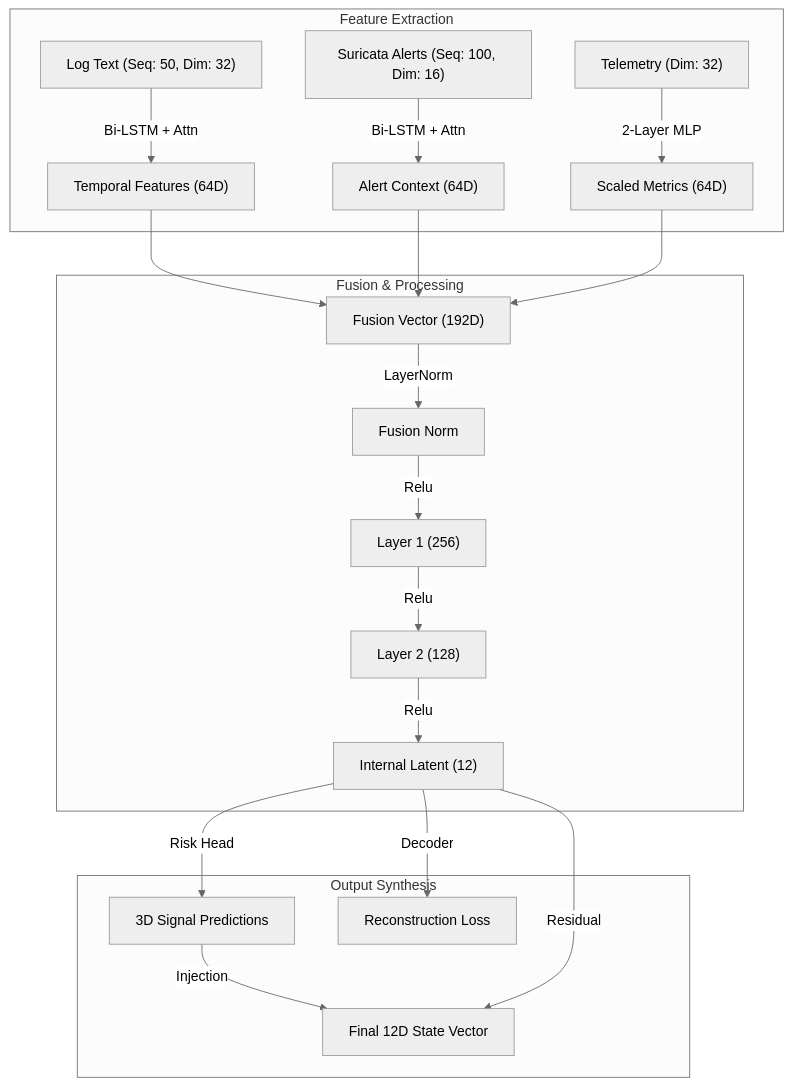
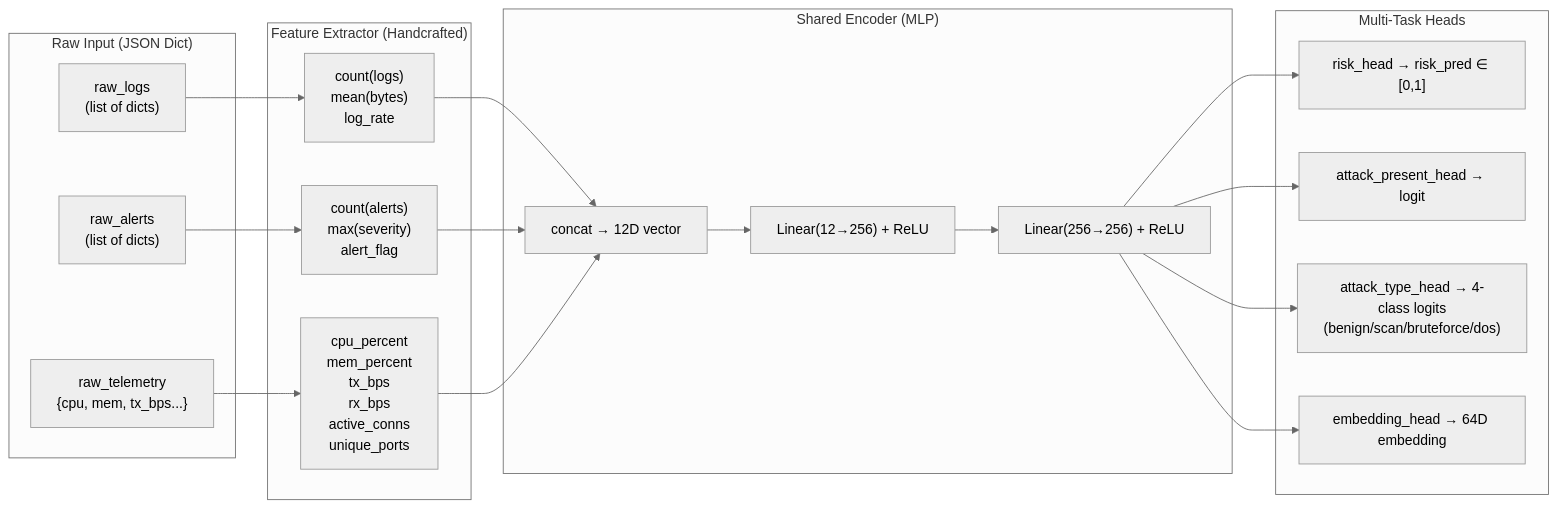
Before and after one commit to didi-09/AI_DRIVEN_SOAR: the third of 15 diagrams in README.md, drawn with Mermaid (neutral theme). The commit also changed other lines of this file, not shown here.

````diff
--- a/README.md
+++ b/README.md
@@ -105,29 +76,27 @@
 ```mermaid
-graph TD
-    Input_Logs["Log Text (Seq: 50, Dim: 32)"]
-    Input_Alerts["Suricata Alerts (Seq: 100, Dim: 16)"]
-    Input_Metrics["Telemetry (Dim: 32)"]
-
-    subgraph "Feature Extraction"
-        Input_Logs -->|"Bi-LSTM + Attn"| Feat_Text["Temporal Features (64D)"]
-        Input_Alerts -->|"Bi-LSTM + Attn"| Feat_Alert["Alert Context (64D)"]
-        Input_Metrics -->|"2-Layer MLP"| Feat_Metric["Scaled Metrics (64D)"]
+flowchart LR
+    subgraph Input["Raw Input (JSON Dict)"]
+        L["raw_logs\n(list of dicts)"]
+        A["raw_alerts\n(list of dicts)"]
+        T["raw_telemetry\n{cpu, mem, tx_bps...}"]
     end
 
-    subgraph "Fusion & Processing"
-        Feat_Text --> Joint["Fusion Vector (192D)"]
-        Feat_Alert --> Joint
-        Feat_Metric --> Joint
-        Joint -->|"LayerNorm"| FN["Fusion Norm"]
-        FN -->|"Relu"| L1["Layer 1 (256)"]
-        L1 -->|"Relu"| L2["Layer 2 (128)"]
-        L2 -->|"Relu"| L3["Internal Latent (12)"]
+    subgraph Extractor["Feature Extractor (Handcrafted)"]
+        L --> FE1["count(logs)\nmean(bytes)\nlog_rate"]
+        A --> FE2["count(alerts)\nmax(severity)\nalert_flag"]
+        T --> FE3["cpu_percent\nmem_percent\ntx_bps\nrx_bps\nactive_conns\nunique_ports"]
     end
 
-    subgraph "Output Synthesis"
-        L3 -->|"Risk Head"| Signal["3D Signal Predictions"]
-        L3 -->|"Decoder"| Recon["Reconstruction Loss"]
-        Signal -->|"Injection"| Final["Final 12D State Vector"]
-        L3 -->|"Residual"| Final
+    subgraph MLP["Shared Encoder (MLP)"]
+        FE1 & FE2 & FE3 --> CAT["concat → 12D vector"]
+        CAT --> L1["Linear(12→256) + ReLU"]
+        L1 --> L2["Linear(256→256) + ReLU"]
+    end
+
+    subgraph Heads["Multi-Task Heads"]
+        L2 --> H1["risk_head → risk_pred ∈ [0,1]"]
+        L2 --> H2["attack_present_head → logit"]
+        L2 --> H3["attack_type_head → 4-class logits\n(benign/scan/bruteforce/dos)"]
+        L2 --> H4["embedding_head → 64D embedding"]
     end
 ```
````
